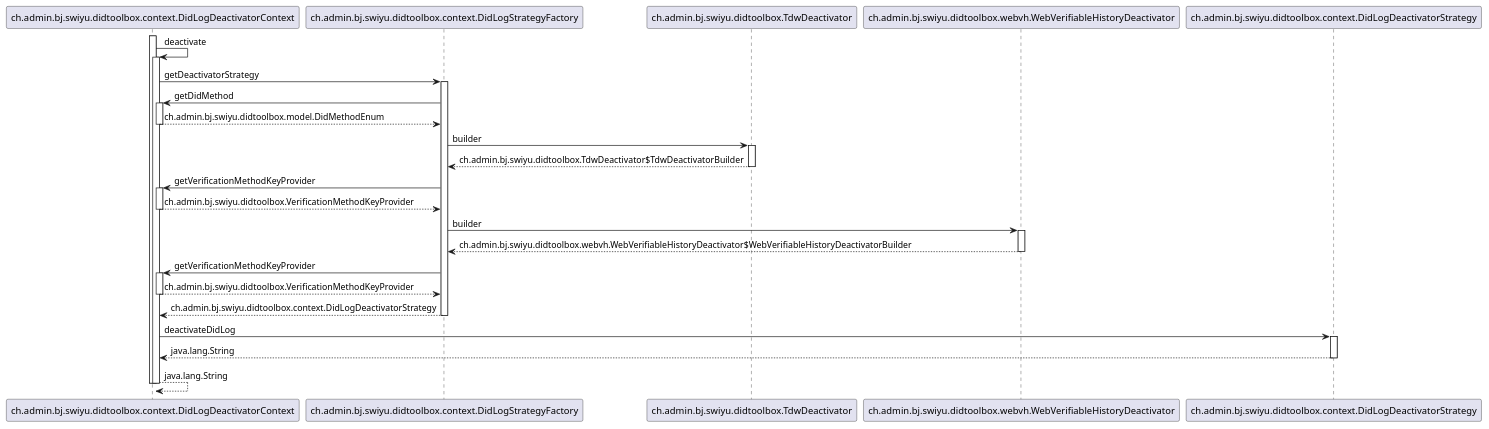
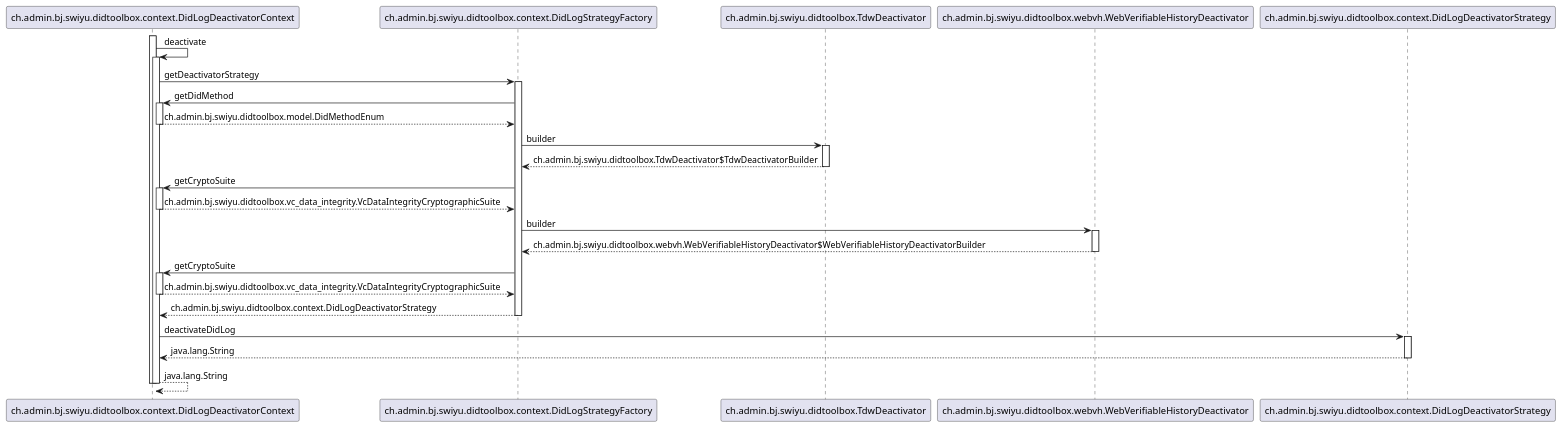
One commit to swiyu-admin-ch/didtoolbox-java changed the diagram in src/main/plantuml/DidLogDeactivatorContext-deactivate.puml. Above: the diagram before and after it, drawn with PlantUML. The commit also changed 68 other files, not shown here.

```diff
--- a/src/main/plantuml/DidLogDeactivatorContext-deactivate.puml
+++ b/src/main/plantuml/DidLogDeactivatorContext-deactivate.puml
@@ -2,44 +2,44 @@
 @startuml
 
 participant ch.admin.bj.swiyu.didtoolbox.context.DidLogDeactivatorContext
 participant ch.admin.bj.swiyu.didtoolbox.context.DidLogStrategyFactory
 participant ch.admin.bj.swiyu.didtoolbox.TdwDeactivator
 participant ch.admin.bj.swiyu.didtoolbox.webvh.WebVerifiableHistoryDeactivator
 participant ch.admin.bj.swiyu.didtoolbox.context.DidLogDeactivatorStrategy
 
 activate ch.admin.bj.swiyu.didtoolbox.context.DidLogDeactivatorContext
 	ch.admin.bj.swiyu.didtoolbox.context.DidLogDeactivatorContext -> ch.admin.bj.swiyu.didtoolbox.context.DidLogDeactivatorContext : deactivate
 	activate ch.admin.bj.swiyu.didtoolbox.context.DidLogDeactivatorContext
 		ch.admin.bj.swiyu.didtoolbox.context.DidLogDeactivatorContext -> ch.admin.bj.swiyu.didtoolbox.context.DidLogStrategyFactory : getDeactivatorStrategy
 		activate ch.admin.bj.swiyu.didtoolbox.context.DidLogStrategyFactory
 			ch.admin.bj.swiyu.didtoolbox.context.DidLogStrategyFactory -> ch.admin.bj.swiyu.didtoolbox.context.DidLogDeactivatorContext : getDidMethod
 			activate ch.admin.bj.swiyu.didtoolbox.context.DidLogDeactivatorContext
 				ch.admin.bj.swiyu.didtoolbox.context.DidLogDeactivatorContext --> ch.admin.bj.swiyu.didtoolbox.context.DidLogStrategyFactory : ch.admin.bj.swiyu.didtoolbox.model.DidMethodEnum
 			deactivate ch.admin.bj.swiyu.didtoolbox.context.DidLogDeactivatorContext
 			ch.admin.bj.swiyu.didtoolbox.context.DidLogStrategyFactory -> ch.admin.bj.swiyu.didtoolbox.TdwDeactivator : builder
 			activate ch.admin.bj.swiyu.didtoolbox.TdwDeactivator
 				ch.admin.bj.swiyu.didtoolbox.TdwDeactivator --> ch.admin.bj.swiyu.didtoolbox.context.DidLogStrategyFactory : ch.admin.bj.swiyu.didtoolbox.TdwDeactivator$TdwDeactivatorBuilder
 			deactivate ch.admin.bj.swiyu.didtoolbox.TdwDeactivator
-			ch.admin.bj.swiyu.didtoolbox.context.DidLogStrategyFactory -> ch.admin.bj.swiyu.didtoolbox.context.DidLogDeactivatorContext : getVerificationMethodKeyProvider
+			ch.admin.bj.swiyu.didtoolbox.context.DidLogStrategyFactory -> ch.admin.bj.swiyu.didtoolbox.context.DidLogDeactivatorContext : getCryptoSuite
 			activate ch.admin.bj.swiyu.didtoolbox.context.DidLogDeactivatorContext
-				ch.admin.bj.swiyu.didtoolbox.context.DidLogDeactivatorContext --> ch.admin.bj.swiyu.didtoolbox.context.DidLogStrategyFactory : ch.admin.bj.swiyu.didtoolbox.VerificationMethodKeyProvider
+				ch.admin.bj.swiyu.didtoolbox.context.DidLogDeactivatorContext --> ch.admin.bj.swiyu.didtoolbox.context.DidLogStrategyFactory : ch.admin.bj.swiyu.didtoolbox.vc_data_integrity.VcDataIntegrityCryptographicSuite
 			deactivate ch.admin.bj.swiyu.didtoolbox.context.DidLogDeactivatorContext
 			ch.admin.bj.swiyu.didtoolbox.context.DidLogStrategyFactory -> ch.admin.bj.swiyu.didtoolbox.webvh.WebVerifiableHistoryDeactivator : builder
 			activate ch.admin.bj.swiyu.didtoolbox.webvh.WebVerifiableHistoryDeactivator
 				ch.admin.bj.swiyu.didtoolbox.webvh.WebVerifiableHistoryDeactivator --> ch.admin.bj.swiyu.didtoolbox.context.DidLogStrategyFactory : ch.admin.bj.swiyu.didtoolbox.webvh.WebVerifiableHistoryDeactivator$WebVerifiableHistoryDeactivatorBuilder
 			deactivate ch.admin.bj.swiyu.didtoolbox.webvh.WebVerifiableHistoryDeactivator
-			ch.admin.bj.swiyu.didtoolbox.context.DidLogStrategyFactory -> ch.admin.bj.swiyu.didtoolbox.context.DidLogDeactivatorContext : getVerificationMethodKeyProvider
+			ch.admin.bj.swiyu.didtoolbox.context.DidLogStrategyFactory -> ch.admin.bj.swiyu.didtoolbox.context.DidLogDeactivatorContext : getCryptoSuite
 			activate ch.admin.bj.swiyu.didtoolbox.context.DidLogDeactivatorContext
-				ch.admin.bj.swiyu.didtoolbox.context.DidLogDeactivatorContext --> ch.admin.bj.swiyu.didtoolbox.context.DidLogStrategyFactory : ch.admin.bj.swiyu.didtoolbox.VerificationMethodKeyProvider
+				ch.admin.bj.swiyu.didtoolbox.context.DidLogDeactivatorContext --> ch.admin.bj.swiyu.didtoolbox.context.DidLogStrategyFactory : ch.admin.bj.swiyu.didtoolbox.vc_data_integrity.VcDataIntegrityCryptographicSuite
 			deactivate ch.admin.bj.swiyu.didtoolbox.context.DidLogDeactivatorContext
 			ch.admin.bj.swiyu.didtoolbox.context.DidLogStrategyFactory --> ch.admin.bj.swiyu.didtoolbox.context.DidLogDeactivatorContext : ch.admin.bj.swiyu.didtoolbox.context.DidLogDeactivatorStrategy
 		deactivate ch.admin.bj.swiyu.didtoolbox.context.DidLogStrategyFactory
 		ch.admin.bj.swiyu.didtoolbox.context.DidLogDeactivatorContext -> ch.admin.bj.swiyu.didtoolbox.context.DidLogDeactivatorStrategy : deactivateDidLog
 		activate ch.admin.bj.swiyu.didtoolbox.context.DidLogDeactivatorStrategy
 			ch.admin.bj.swiyu.didtoolbox.context.DidLogDeactivatorStrategy --> ch.admin.bj.swiyu.didtoolbox.context.DidLogDeactivatorContext : java.lang.String
 		deactivate ch.admin.bj.swiyu.didtoolbox.context.DidLogDeactivatorStrategy
 		ch.admin.bj.swiyu.didtoolbox.context.DidLogDeactivatorContext --> ch.admin.bj.swiyu.didtoolbox.context.DidLogDeactivatorContext : java.lang.String
 	deactivate ch.admin.bj.swiyu.didtoolbox.context.DidLogDeactivatorContext
 deactivate ch.admin.bj.swiyu.didtoolbox.context.DidLogDeactivatorContext
 
 @enduml
```
